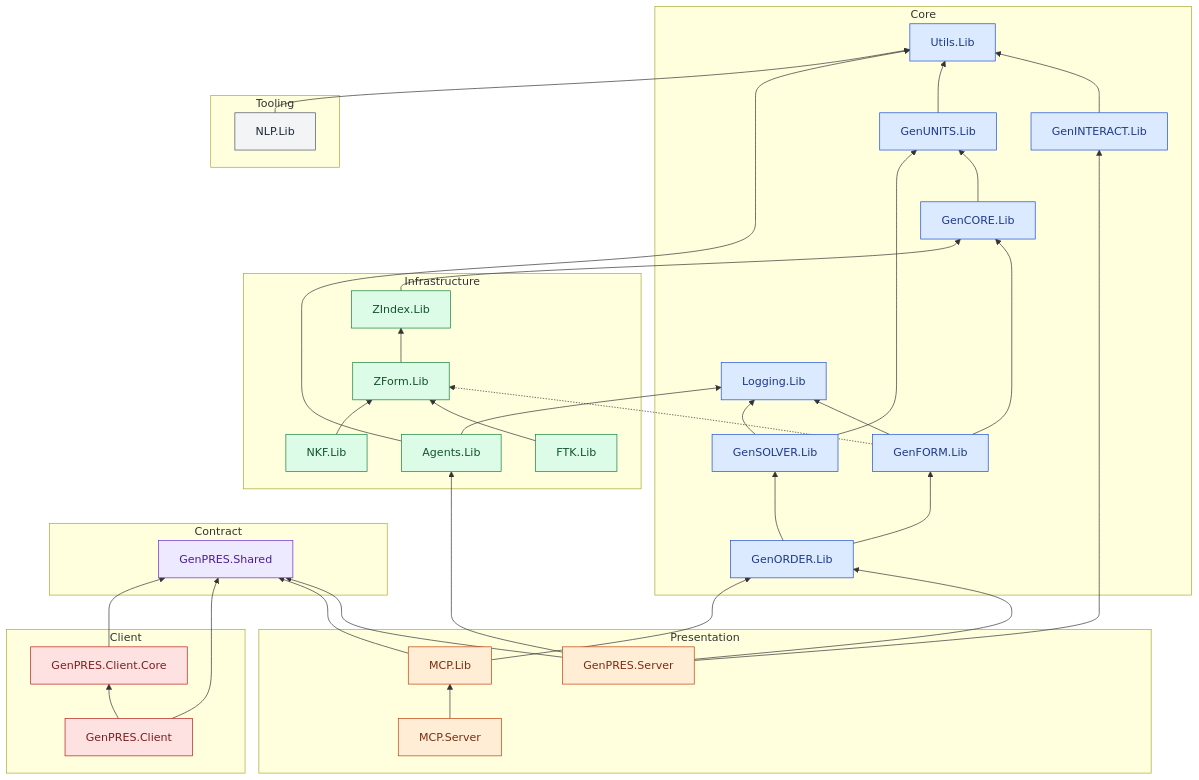
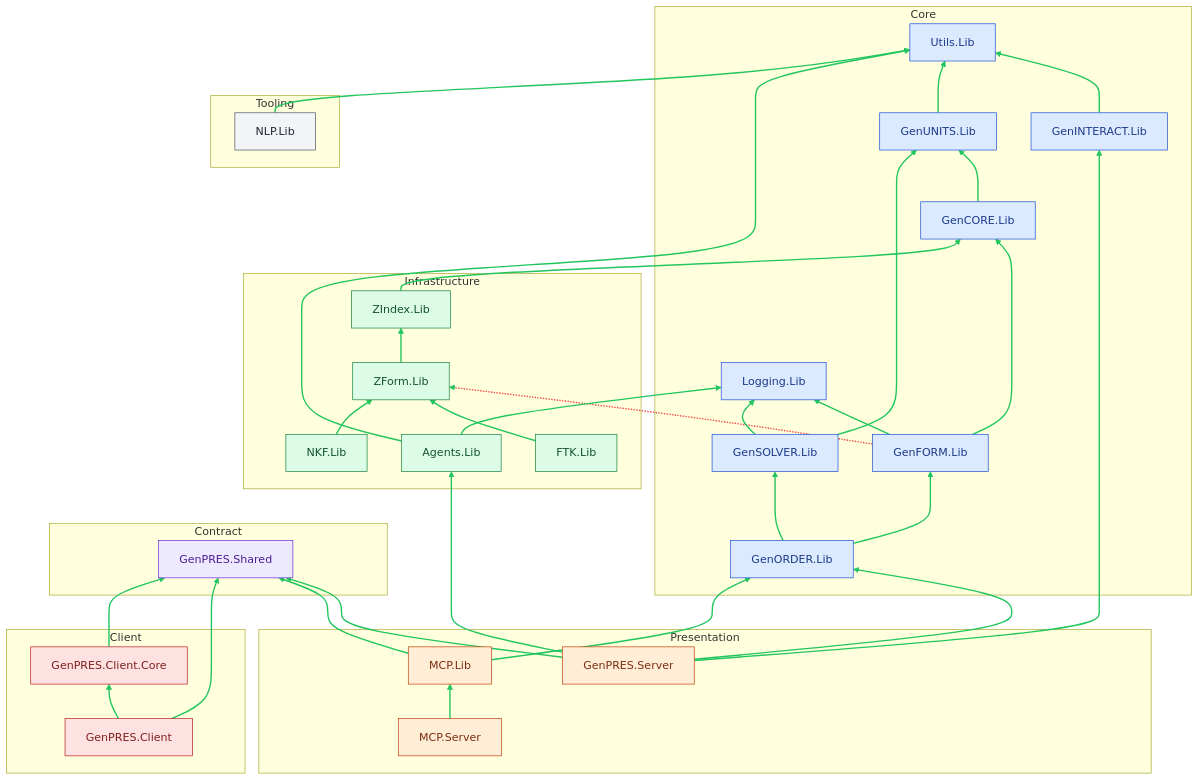
One commit to halcwb/GenPRES changed the first of 6 diagrams in ARCHITECTURE.md. Above: the diagram before and after it, drawn with Mermaid. The commit also changed other lines of this file and 6 other files, not shown here.

````diff
--- a/ARCHITECTURE.md
+++ b/ARCHITECTURE.md
@@ -23,74 +23,76 @@
 ```mermaid
 graph BT
     subgraph Core
         GenCORE_Lib["GenCORE.Lib"]
         GenFORM_Lib["GenFORM.Lib"]
         GenINTERACT_Lib["GenINTERACT.Lib"]
         GenORDER_Lib["GenORDER.Lib"]
         GenSOLVER_Lib["GenSOLVER.Lib"]
         GenUNITS_Lib["GenUNITS.Lib"]
         Logging_Lib["Logging.Lib"]
         Utils_Lib["Utils.Lib"]
     end
     subgraph Contract
         GenPRES_Shared["GenPRES.Shared"]
     end
     subgraph Infrastructure
         Agents_Lib["Agents.Lib"]
         FTK_Lib["FTK.Lib"]
         NKF_Lib["NKF.Lib"]
         ZForm_Lib["ZForm.Lib"]
         ZIndex_Lib["ZIndex.Lib"]
     end
     subgraph Presentation
         GenPRES_Server["GenPRES.Server"]
         MCP_Lib["MCP.Lib"]
         MCP_Server["MCP.Server"]
     end
     subgraph Client
         GenPRES_Client["GenPRES.Client"]
         GenPRES_Client_Core["GenPRES.Client.Core"]
     end
     subgraph Tooling
         NLP_Lib["NLP.Lib"]
     end
     GenCORE_Lib --> GenUNITS_Lib
     GenFORM_Lib --> GenCORE_Lib
     GenFORM_Lib --> Logging_Lib
     GenFORM_Lib -.-> ZForm_Lib
     GenINTERACT_Lib --> Utils_Lib
     GenORDER_Lib --> GenSOLVER_Lib
     GenORDER_Lib --> GenFORM_Lib
     GenSOLVER_Lib --> GenUNITS_Lib
     GenSOLVER_Lib --> Logging_Lib
     GenUNITS_Lib --> Utils_Lib
     Agents_Lib --> Utils_Lib
     Agents_Lib --> Logging_Lib
     FTK_Lib --> ZForm_Lib
     NKF_Lib --> ZForm_Lib
     ZForm_Lib --> ZIndex_Lib
     ZIndex_Lib --> GenCORE_Lib
     GenPRES_Server --> GenPRES_Shared
     GenPRES_Server --> GenORDER_Lib
     GenPRES_Server --> GenINTERACT_Lib
     GenPRES_Server --> Agents_Lib
     MCP_Lib --> GenORDER_Lib
     MCP_Lib --> GenPRES_Shared
     MCP_Server --> MCP_Lib
     GenPRES_Client --> GenPRES_Client_Core
     GenPRES_Client --> GenPRES_Shared
     GenPRES_Client_Core --> GenPRES_Shared
     NLP_Lib --> Utils_Lib
     classDef Core fill:#dbeafe,stroke:#1d4ed8,color:#1e3a8a
     class GenCORE_Lib,GenFORM_Lib,GenINTERACT_Lib,GenORDER_Lib,GenSOLVER_Lib,GenUNITS_Lib,Logging_Lib,Utils_Lib Core
     classDef Contract fill:#ede9fe,stroke:#6d28d9,color:#4c1d95
     class GenPRES_Shared Contract
     classDef Infrastructure fill:#dcfce7,stroke:#15803d,color:#14532d
     class Agents_Lib,FTK_Lib,NKF_Lib,ZForm_Lib,ZIndex_Lib Infrastructure
     classDef Presentation fill:#ffedd5,stroke:#c2410c,color:#7c2d12
     class GenPRES_Server,MCP_Lib,MCP_Server Presentation
     classDef Client fill:#fee2e2,stroke:#b91c1c,color:#7f1d1d
     class GenPRES_Client,GenPRES_Client_Core Client
     classDef Tooling fill:#f3f4f6,stroke:#4b5563,color:#1f2937
     class NLP_Lib Tooling
+    linkStyle default stroke:#22c55e,stroke-width:2px
+    linkStyle 3 stroke:#ef4444,stroke-width:2px
 ```
````
